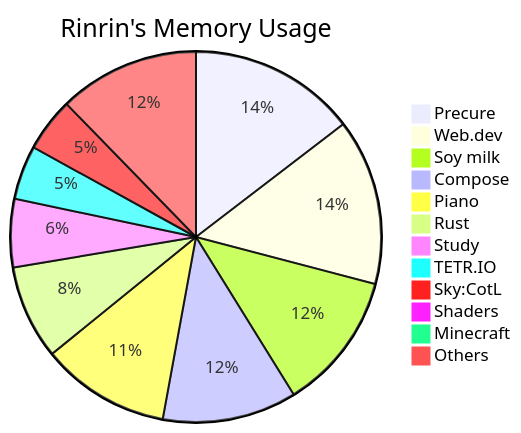
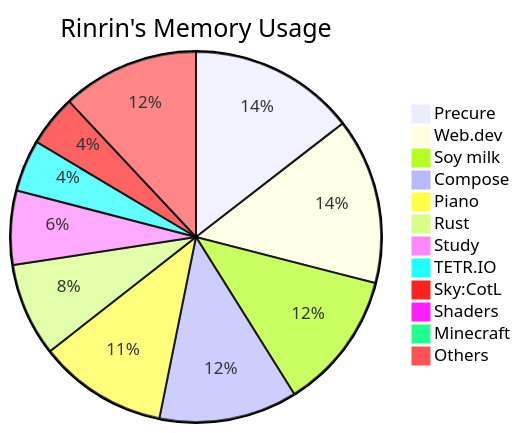
The diagram in README.md (Rinrin0413/Rinrin0413), drawn with Mermaid before and after one commit.

Commit message:
🛠 Update: Rinrin's Memory Usage

````diff
--- a/README.md
+++ b/README.md
@@ -76,15 +76,15 @@
 ```mermaid
 pie title Rinrin's Memory Usage
     "Precure": 588
-    "Web.dev": 584
-    "Soy milk": 487
-    "Compose": 472
-    "Piano": 454
-    "Rust": 331
-    "Study": 240
-    "TETR.IO": 190
-    "Sky:CotL": 189
+    "Web.dev": 587
+    "Soy milk": 490
+    "Compose": 489
+    "Piano": 456
+    "Rust": 330
+    "Study": 262
+    "TETR.IO": 183
+    "Sky:CotL": 181
     "Shaders": 30
     "Minecraft": 30
-    "Others": 495
+    "Others": 485
 ```
````
